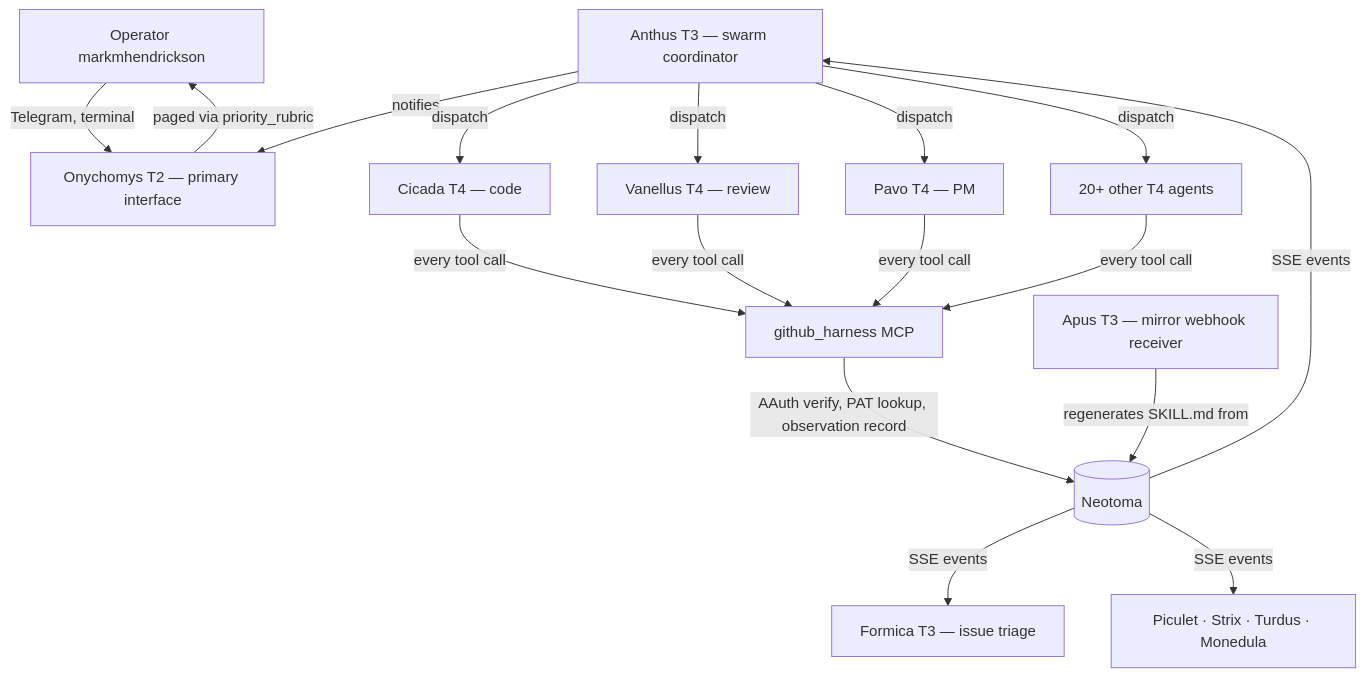
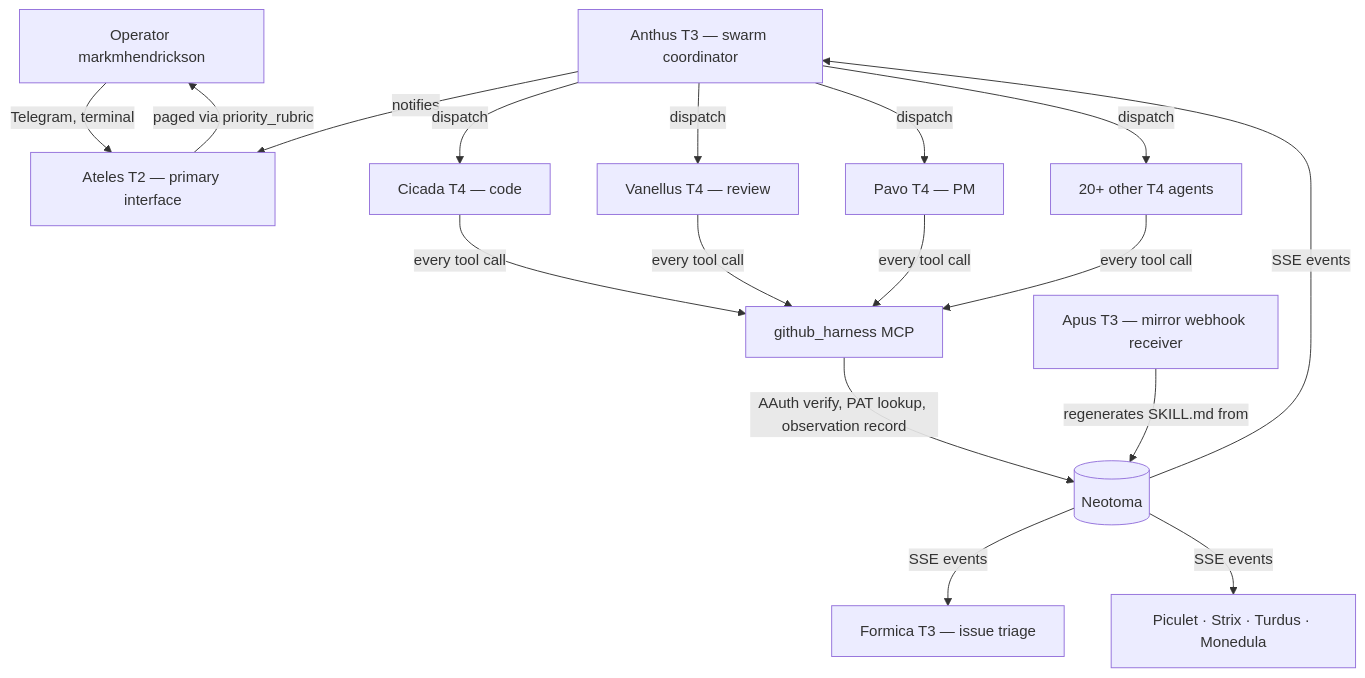
One commit to markmhendrickson/ateles changed the diagram in README.md. Above: the diagram before and after it, drawn with Mermaid. The commit also changed other lines of this file and 21 other files, not shown here.

First line of the commit message:
rename(agents): root agent Onychomys -> Ateles (host-side refs)

````diff
--- a/README.md
+++ b/README.md
@@ -33,16 +33,16 @@
 ```mermaid
 graph TB
-  Operator[Operator markmhendrickson] -->|Telegram, terminal| Onychomys
-  Onychomys[Onychomys T2 — primary interface] -->|paged via priority_rubric| Operator
-  Anthus[Anthus T3 — swarm coordinator] -->|notifies| Onychomys
+  Operator[Operator markmhendrickson] -->|Telegram, terminal| Ateles
+  Ateles[Ateles T2 — primary interface] -->|paged via priority_rubric| Operator
+  Anthus[Anthus T3 — swarm coordinator] -->|notifies| Ateles
   Anthus -->|dispatch| Cicada[Cicada T4 — code]
   Anthus -->|dispatch| Vanellus[Vanellus T4 — review]
   Anthus -->|dispatch| Pavo[Pavo T4 — PM]
   Anthus -->|dispatch| Others[20+ other T4 agents]
   Cicada & Vanellus & Pavo & Others -->|every tool call| Harness[github_harness MCP]
   Harness -->|AAuth verify, PAT lookup, observation record| Neotoma[(Neotoma)]
   Apus[Apus T3 — mirror webhook receiver] -->|regenerates SKILL.md from| Neotoma
   Neotoma -->|SSE events| Anthus
   Neotoma -->|SSE events| Formica[Formica T3 — issue triage]
   Neotoma -->|SSE events| Other_Daemons[Piculet · Strix · Turdus · Monedula]
 ```
````
